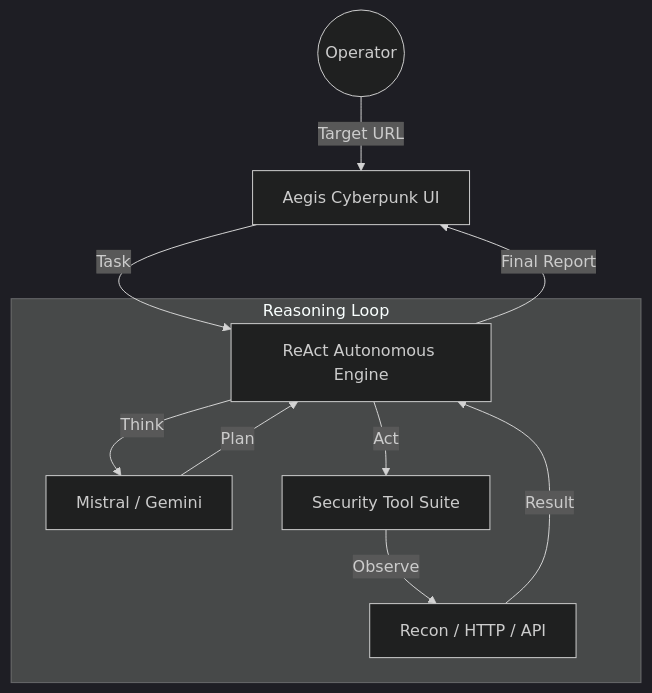
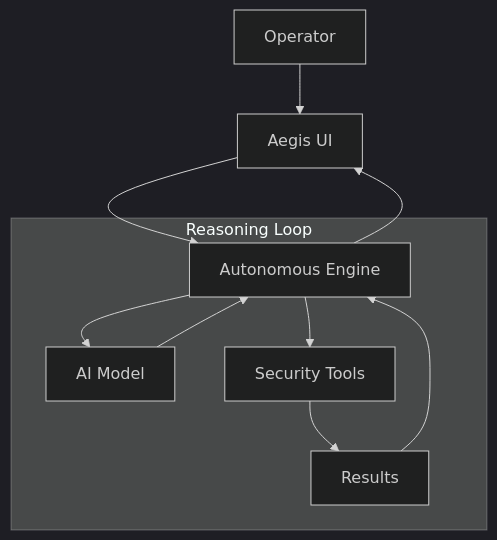
The diagram in README.md (pisum-sativum/aegis-security-console), drawn with Mermaid (dark theme) before and after one commit. The commit also changed other lines of this file, not shown here.

````diff
--- a/README.md
+++ b/README.md
@@ -26,13 +23,13 @@
 ```mermaid
 graph TD
-    User((Operator)) -->|Target URL| GUI[Aegis Cyberpunk UI]
-    GUI -->|Task| Agent[ReAct Autonomous Engine]
+    User[Operator] --> GUI[Aegis UI]
+    GUI --> Agent[Autonomous Engine]
     subgraph Reasoning Loop
-        Agent -->|Think| LLM[Mistral / Gemini]
-        LLM -->|Plan| Agent
-        Agent -->|Act| Tools[Security Tool Suite]
-        Tools -->|Observe| ScanData[Recon / HTTP / API]
-        ScanData -->|Result| Agent
+        Agent --> LLM[AI Model]
+        LLM --> Agent
+        Agent --> Tools[Security Tools]
+        Tools --> ScanData[Results]
+        ScanData --> Agent
     end
-    Agent -->|Final Report| GUI
+    Agent --> GUI
 ```
````
